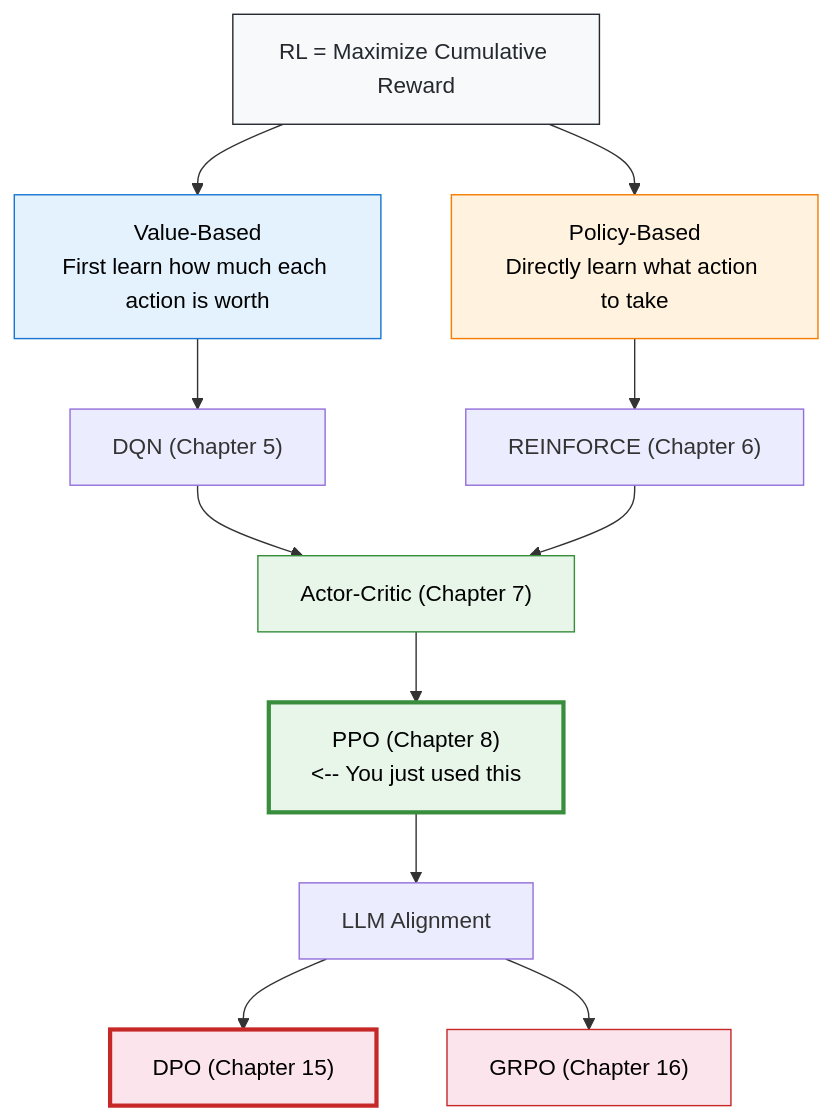
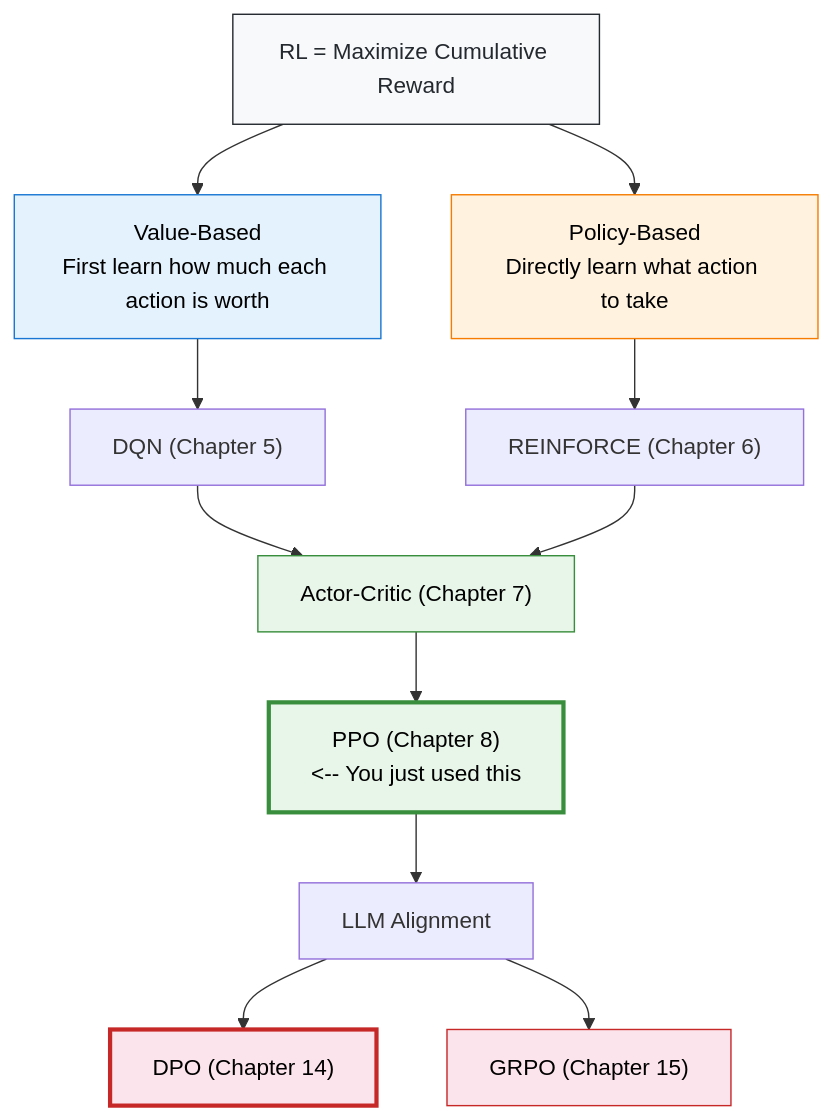
The diagram in docs/en/chapter01_cartpole/metrics.md (CrazyForks/hands-on-modern-rl), drawn with Mermaid before and after one commit. The commit also changed other lines of this file and 130 other files, not shown here.

Commit message:
docs: reorganize course flow and industrial RL

````diff
--- a/docs/en/chapter01_cartpole/metrics.md
+++ b/docs/en/chapter01_cartpole/metrics.md
@@ -698,25 +698,25 @@
 ```mermaid
 graph TD
     ROOT["RL = Maximize Cumulative Reward"] --> VB["Value-Based<br/>First learn how much each action is worth"]
     ROOT --> PB["Policy-Based<br/>Directly learn what action to take"]
 
     VB --> DQN["DQN (Chapter 5)"]
     PB --> PG["REINFORCE (Chapter 6)"]
 
     DQN --> AC["Actor-Critic (Chapter 7)"]
     PG --> AC
 
     AC --> PPO["PPO (Chapter 8)<br/><-- You just used this"]
 
     PPO --> LLM["LLM Alignment"]
-    LLM --> DPOG["DPO (Chapter 15)"]
-    LLM --> GRPOG["GRPO (Chapter 16)"]
+    LLM --> DPOG["DPO (Chapter 14)"]
+    LLM --> GRPOG["GRPO (Chapter 15)"]
 
     style ROOT fill:#f8f9fa,stroke:#24292f,color:#24292f
     style VB fill:#e3f2fd,stroke:#1976d2,color:#000
     style PB fill:#fff3e0,stroke:#f57c00,color:#000
     style AC fill:#e8f5e9,stroke:#388e3c,color:#000
     style PPO fill:#e8f5e9,stroke:#388e3c,stroke-width:3px,color:#000
     style DPOG fill:#fce4ec,stroke:#c62828,stroke-width:3px,color:#000
     style GRPOG fill:#fce4ec,stroke:#c62828,color:#000
 ```
````
